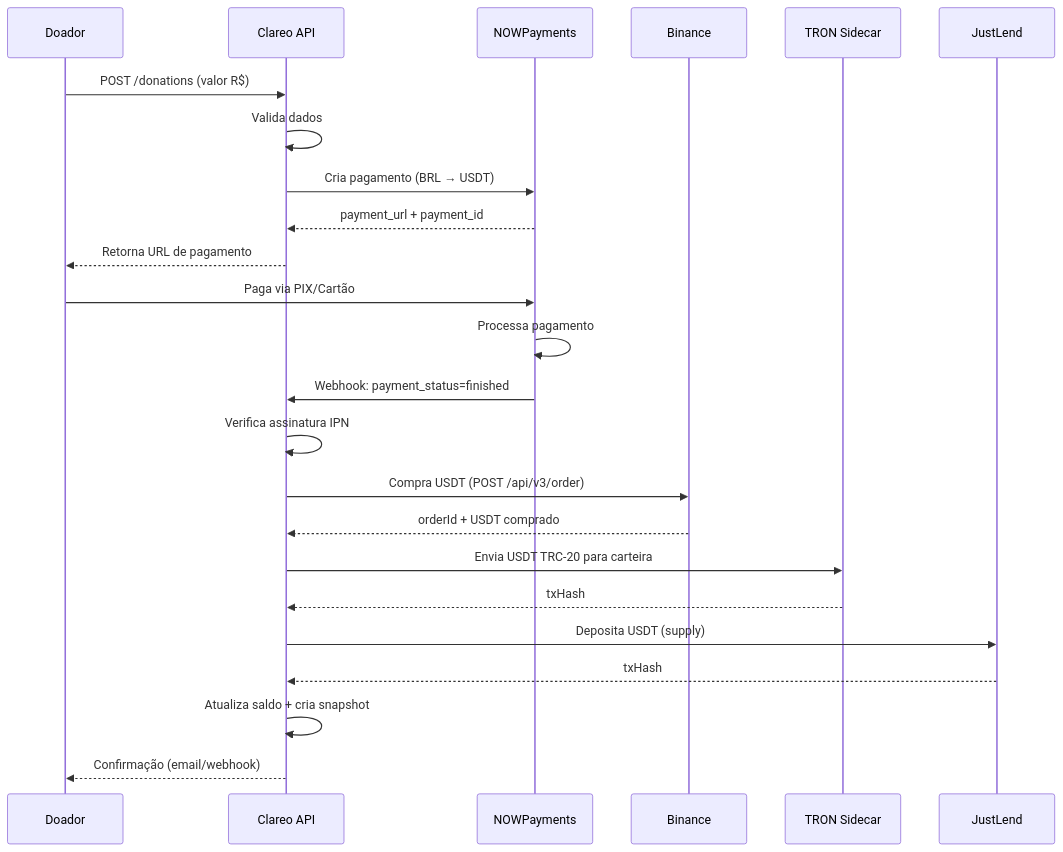
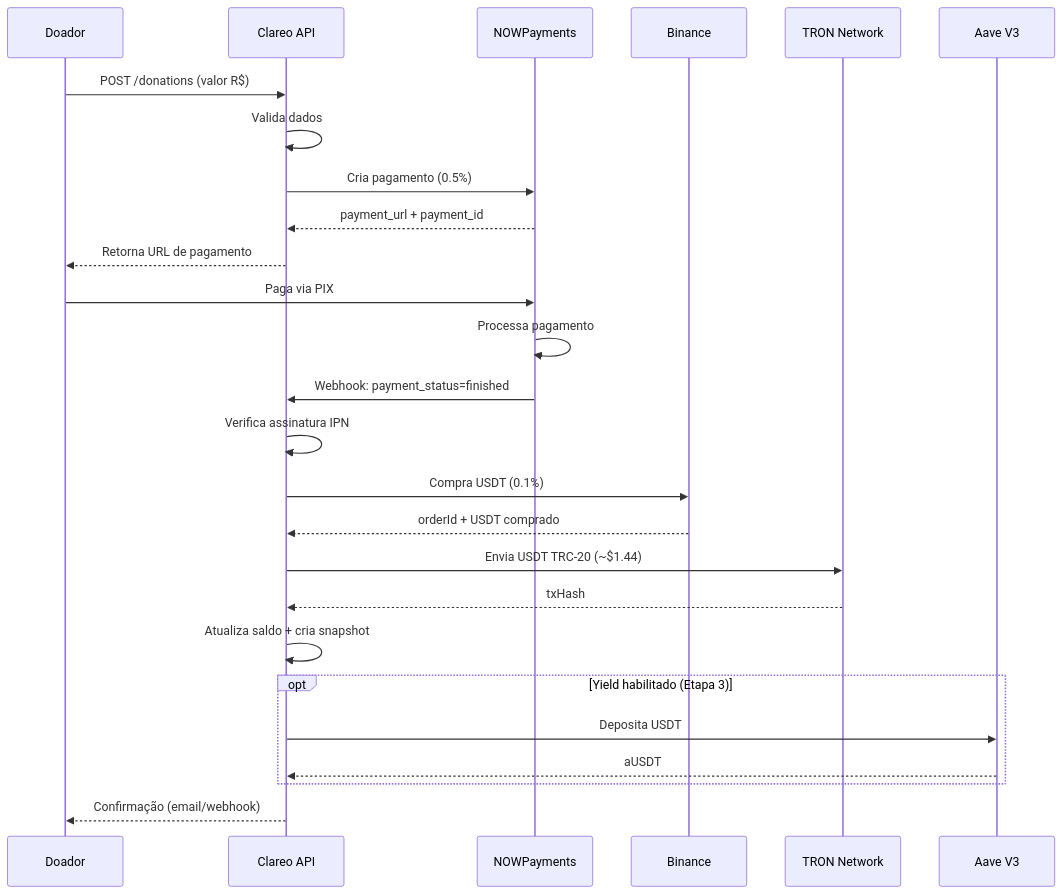
The third of 6 diagrams in doc/16-DIAGRAMAS.md (GabrielHR0/clareo-api), drawn with Mermaid before and after one commit. The commit also changed other lines of this file and 18 other files, not shown here.

````diff
--- a/doc/16-DIAGRAMAS.md
+++ b/doc/16-DIAGRAMAS.md
@@ -78,33 +83,36 @@
 ```mermaid
 sequenceDiagram
     participant D as Doador
     participant A as Clareo API
     participant N as NOWPayments
     participant B as Binance
-    participant T as TRON Sidecar
-    participant J as JustLend
+    participant T as TRON Network
+    participant Av as Aave V3
 
     D->>A: POST /donations (valor R$)
     A->>A: Valida dados
-    A->>N: Cria pagamento (BRL → USDT)
+    A->>N: Cria pagamento (0.5%)
     N-->>A: payment_url + payment_id
     A-->>D: Retorna URL de pagamento
 
-    D->>N: Paga via PIX/Cartão
+    D->>N: Paga via PIX
     N->>N: Processa pagamento
 
     N->>A: Webhook: payment_status=finished
     A->>A: Verifica assinatura IPN
 
-    A->>B: Compra USDT (POST /api/v3/order)
+    A->>B: Compra USDT (0.1%)
     B-->>A: orderId + USDT comprado
 
-    A->>T: Envia USDT TRC-20 para carteira
+    A->>T: Envia USDT TRC-20 (~$1.44)
     T-->>A: txHash
 
-    A->>J: Deposita USDT (supply)
-    J-->>A: txHash
+    A->>A: Atualiza saldo + cria snapshot
 
-    A->>A: Atualiza saldo + cria snapshot
+    opt Yield habilitado (Etapa 3)
+        A->>Av: Deposita USDT
+        Av-->>A: aUSDT
+    end
+
     A-->>D: Confirmação (email/webhook)
 ```
````
